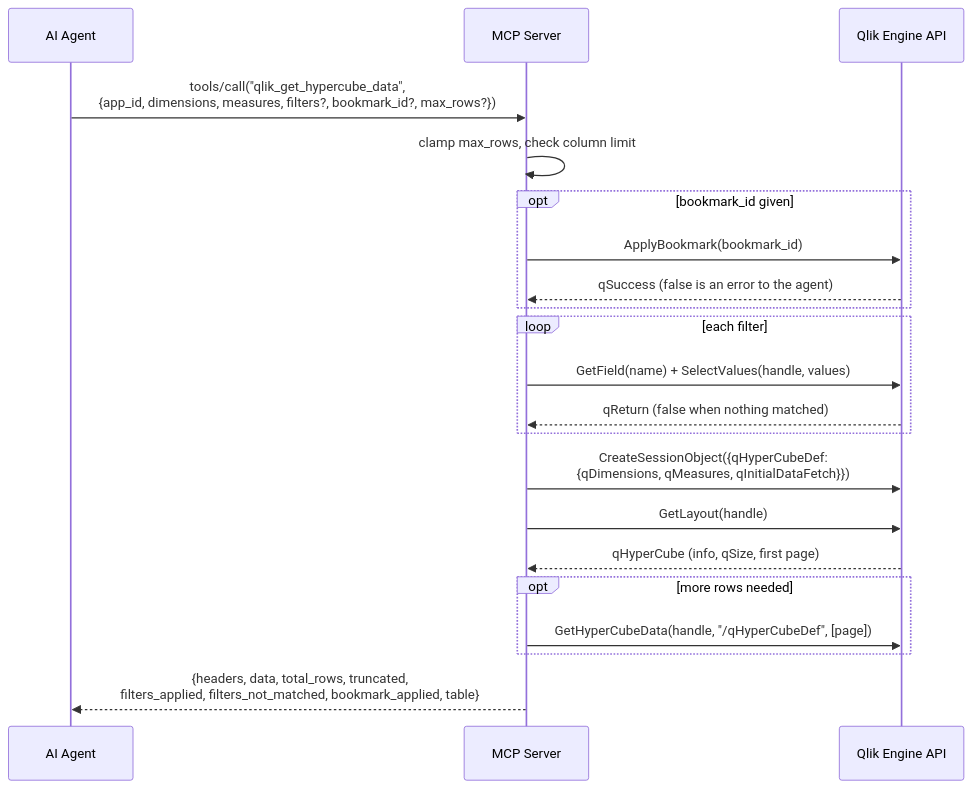
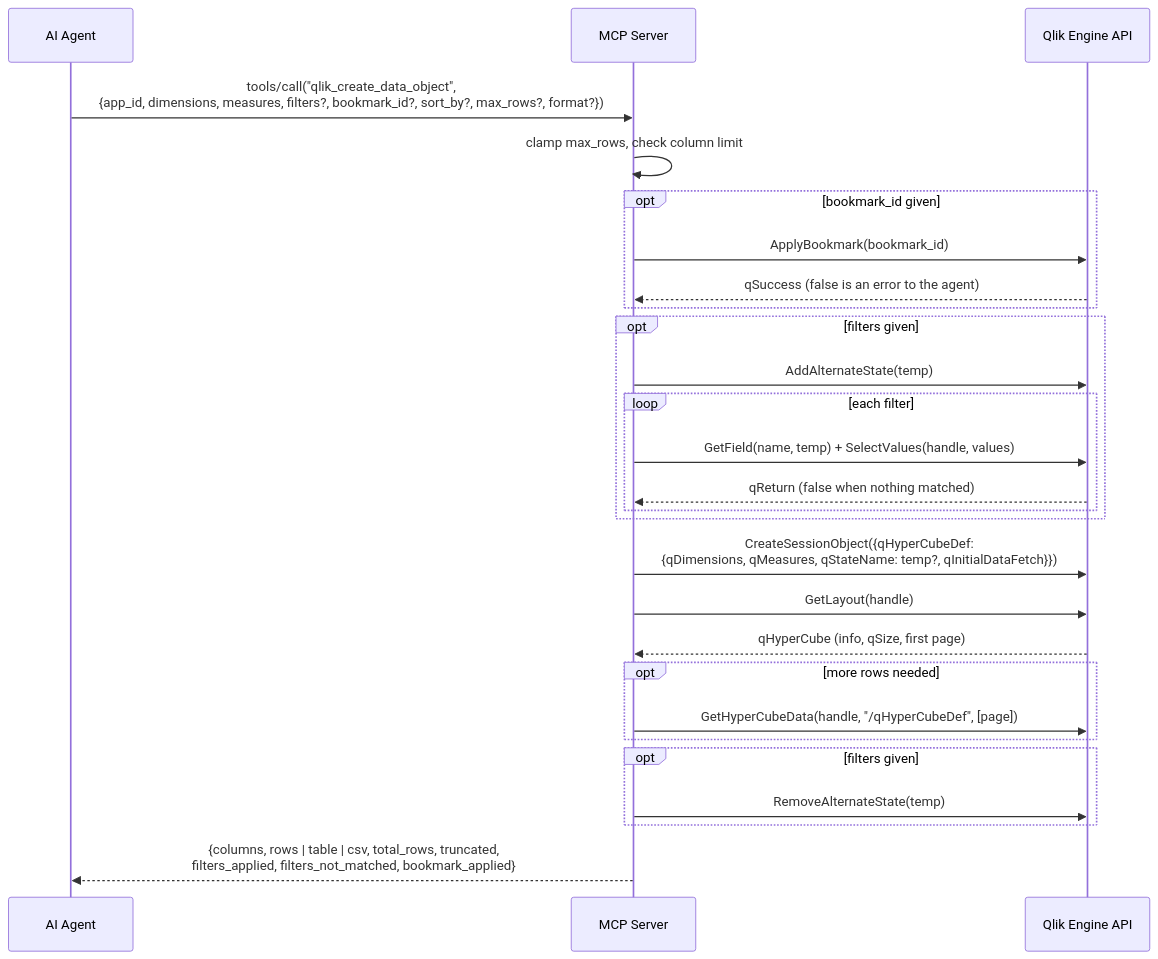
The ninth of 12 diagrams in design/c4-diagrams/c3-component.md (ssevera1/Qlik-Cloud-MCP-Server), drawn with Mermaid before and after one commit. The commit also changed other lines of this file and 40 other files, not shown here.

````diff
--- a/design/c4-diagrams/c3-component.md
+++ b/design/c4-diagrams/c3-component.md
@@ -206,28 +215,34 @@
 ```mermaid
 sequenceDiagram
     participant Agent as AI Agent
     participant MCP as MCP Server
     participant Engine as Qlik Engine API
 
-    Agent->>MCP: tools/call("qlik_get_hypercube_data",<br/>{app_id, dimensions, measures, filters?, bookmark_id?, max_rows?})
+    Agent->>MCP: tools/call("qlik_create_data_object",<br/>{app_id, dimensions, measures, filters?, bookmark_id?, sort_by?, max_rows?, format?})
     MCP->>MCP: clamp max_rows, check column limit
 
     opt bookmark_id given
         MCP->>Engine: ApplyBookmark(bookmark_id)
         Engine-->>MCP: qSuccess (false is an error to the agent)
     end
 
-    loop each filter
-        MCP->>Engine: GetField(name) + SelectValues(handle, values)
-        Engine-->>MCP: qReturn (false when nothing matched)
+    opt filters given
+        MCP->>Engine: AddAlternateState(temp)
+        loop each filter
+            MCP->>Engine: GetField(name, temp) + SelectValues(handle, values)
+            Engine-->>MCP: qReturn (false when nothing matched)
+        end
     end
 
-    MCP->>Engine: CreateSessionObject({qHyperCubeDef:<br/>{qDimensions, qMeasures, qInitialDataFetch}})
+    MCP->>Engine: CreateSessionObject({qHyperCubeDef:<br/>{qDimensions, qMeasures, qStateName: temp?, qInitialDataFetch}})
     MCP->>Engine: GetLayout(handle)
     Engine-->>MCP: qHyperCube (info, qSize, first page)
     opt more rows needed
         MCP->>Engine: GetHyperCubeData(handle, "/qHyperCubeDef", [page])
     end
+    opt filters given
+        MCP->>Engine: RemoveAlternateState(temp)
+    end
 
-    MCP-->>Agent: {headers, data, total_rows, truncated,<br/>filters_applied, filters_not_matched, bookmark_applied, table}
+    MCP-->>Agent: {columns, rows | table | csv, total_rows, truncated,<br/>filters_applied, filters_not_matched, bookmark_applied}
 ```
````
